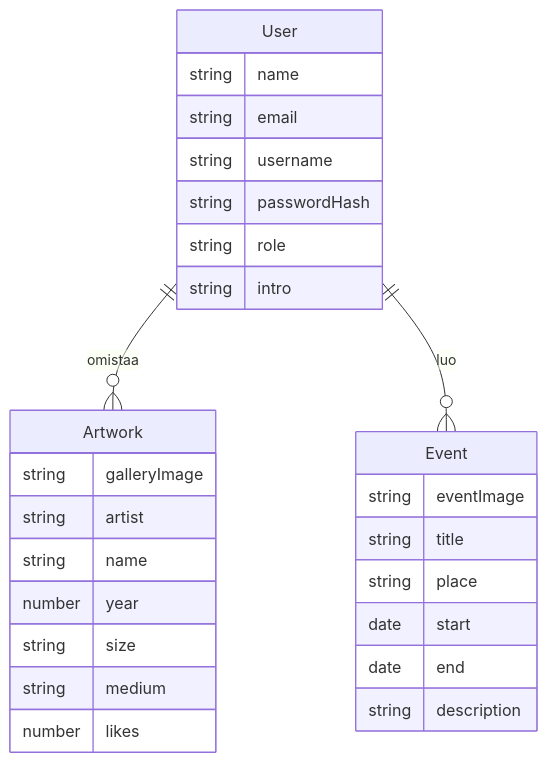
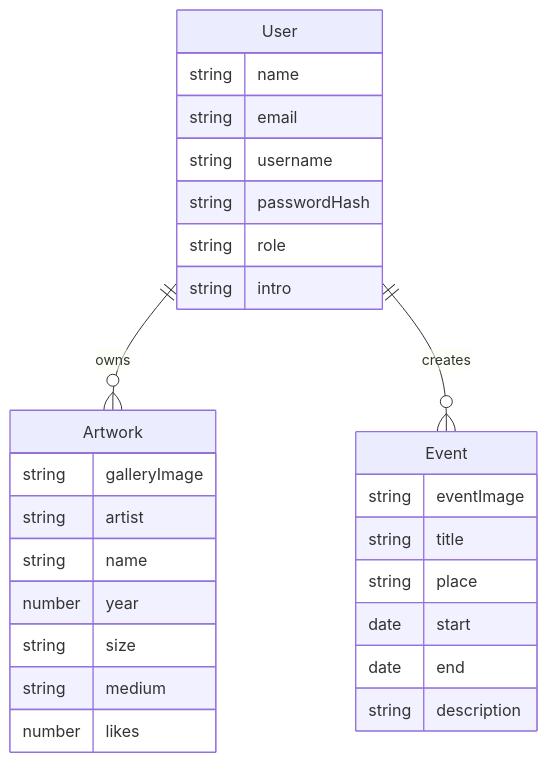
The second of 5 diagrams in README.md (vsvala/Art_Club_back), drawn with Mermaid before and after one commit. The commit also changed other lines of this file and 1 other file, not shown here.

````diff
--- a/README.md
+++ b/README.md
@@ -85,31 +86,31 @@
 ```mermaid
 erDiagram
     User {
         string name
         string email
         string username
         string passwordHash
         string role
         string intro
     }
     Artwork {
         string galleryImage
         string artist
         string name
         number year
         string size
         string medium
         number likes
     }
     Event {
         string eventImage
         string title
         string place
         date start
         date end
         string description
     }
 
-    User ||--o{ Artwork : "omistaa"
-    User ||--o{ Event : "luo"
+    User ||--o{ Artwork : "owns"
+    User ||--o{ Event : "creates"
 ```
````
